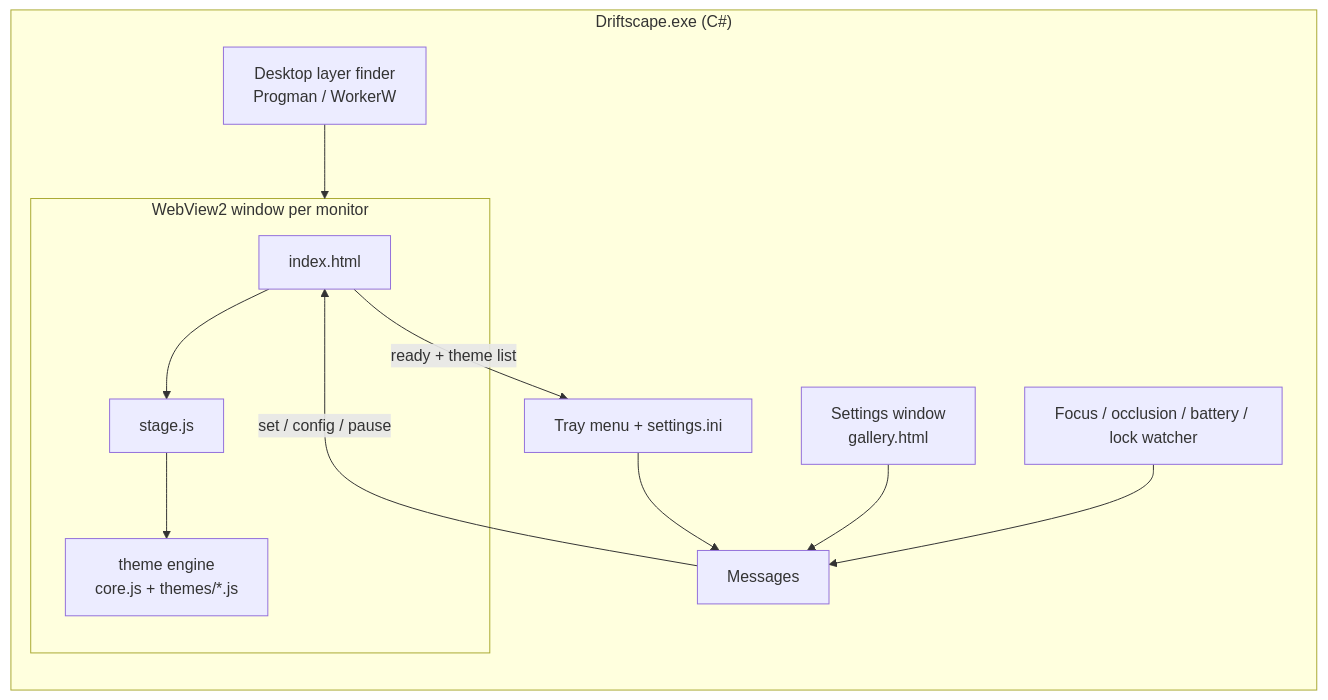
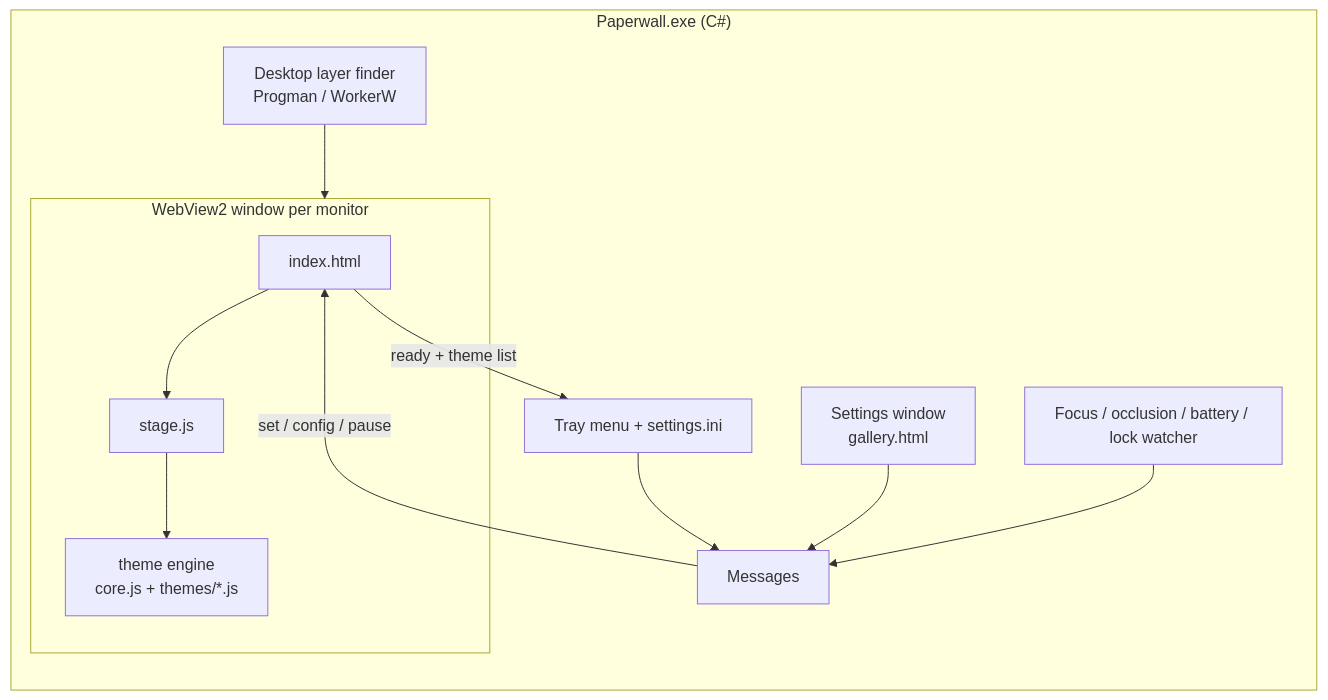
Before and after one commit to departmentofone/Paperwall: the first of 2 diagrams in docs/HOW-IT-WORKS.md, drawn with Mermaid. The commit also changed other lines of this file and 45 other files, not shown here.

````diff
--- a/docs/HOW-IT-WORKS.md
+++ b/docs/HOW-IT-WORKS.md
@@ -14,14 +14,14 @@
 ```mermaid
 flowchart LR
-  subgraph Host["Driftscape.exe (C#)"]
+  subgraph Host["Paperwall.exe (C#)"]
     T[Tray menu + settings.ini] --> M[Messages]
     G[Settings window<br/>gallery.html] --> M
     O[Focus / occlusion / battery / lock watcher] --> M
     D[Desktop layer finder<br/>Progman / WorkerW] --> W
   end
   subgraph W["WebView2 window per monitor"]
     P[index.html] --> S[stage.js] --> E[theme engine<br/>core.js + themes/*.js]
   end
   M -- "set / config / pause" --> P
   P -- "ready + theme list" --> T
 ```
````
